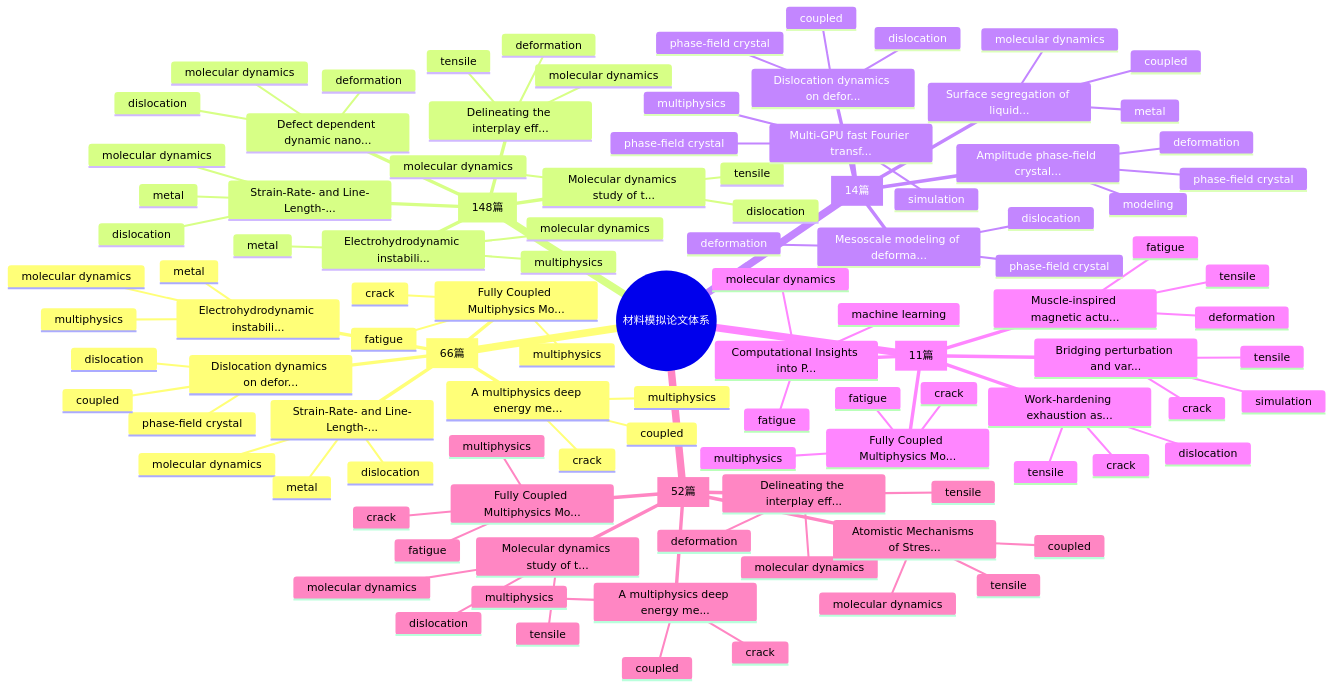
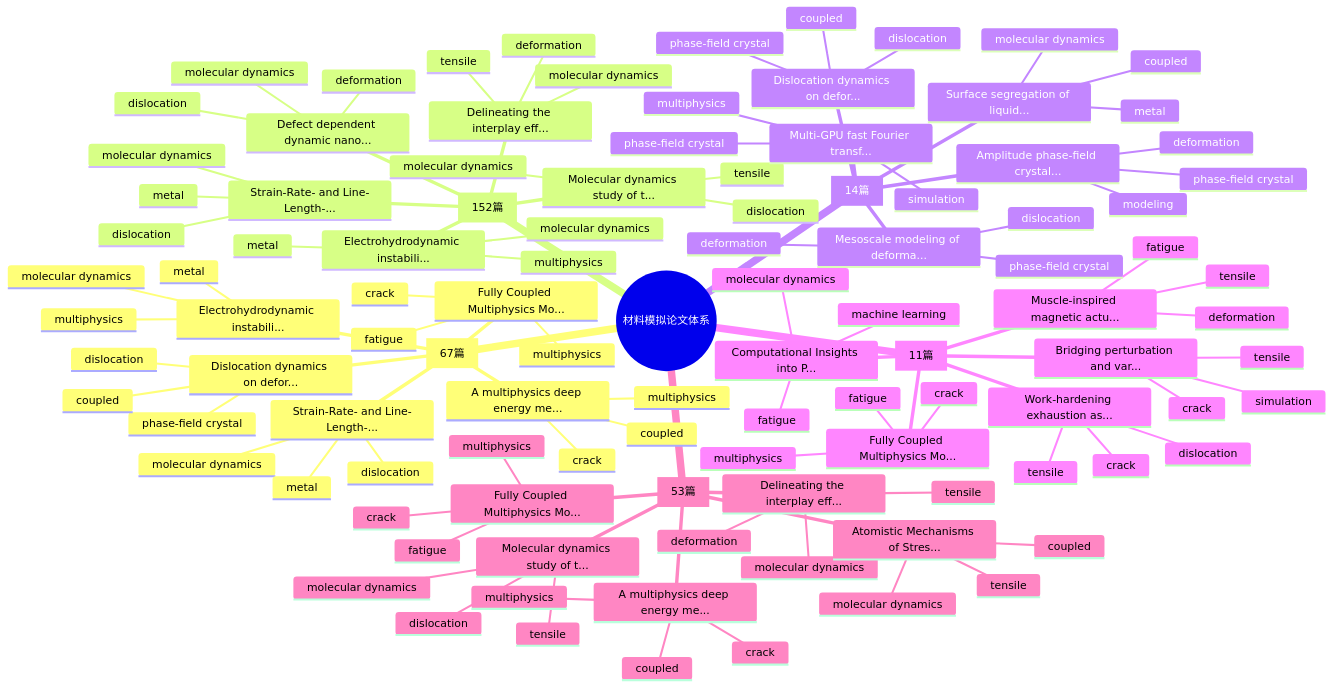
Before and after one commit to Shirakawa11111/BJK_readpaper: the first of 2 diagrams in README.md, drawn with Mermaid. The commit also changed other lines of this file and 11 other files, not shown here.

````diff
--- a/README.md
+++ b/README.md
@@ -94,7 +94,7 @@
 ```mermaid
 mindmap
   root((材料模拟论文体系))
-    Multiphysics Coupling [66篇]
+    Multiphysics Coupling [67篇]
       Fully Coupled Multiphysics Mo...
         fatigue
         multiphysics
@@ -115,7 +115,7 @@
         molecular dynamics
         dislocation
         metal
-    Molecular Dynamics [148篇]
+    Molecular Dynamics [152篇]
       Molecular dynamics study of t...
         molecular dynamics
         dislocation
@@ -178,7 +178,7 @@
         crack
         tensile
         simulation
-    Tensile / Deformation Simulation [52篇]
+    Tensile / Deformation Simulation [53篇]
       Fully Coupled Multiphysics Mo...
         fatigue
         multiphysics
````
